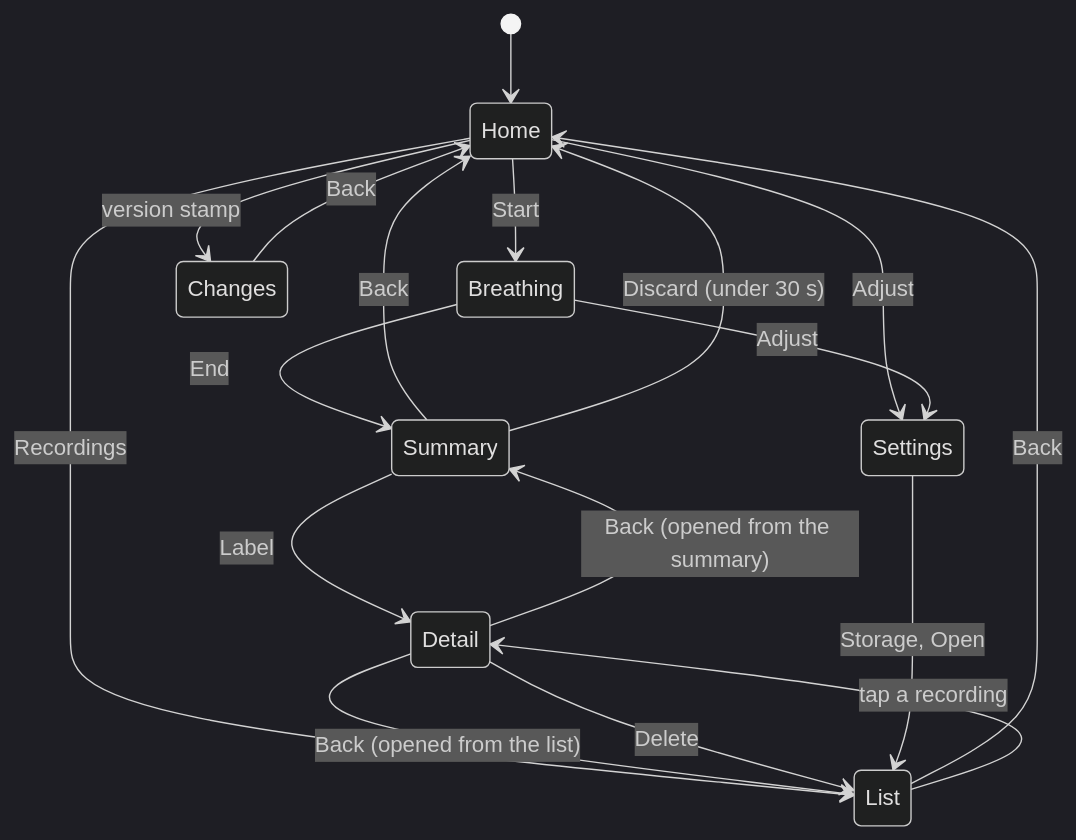
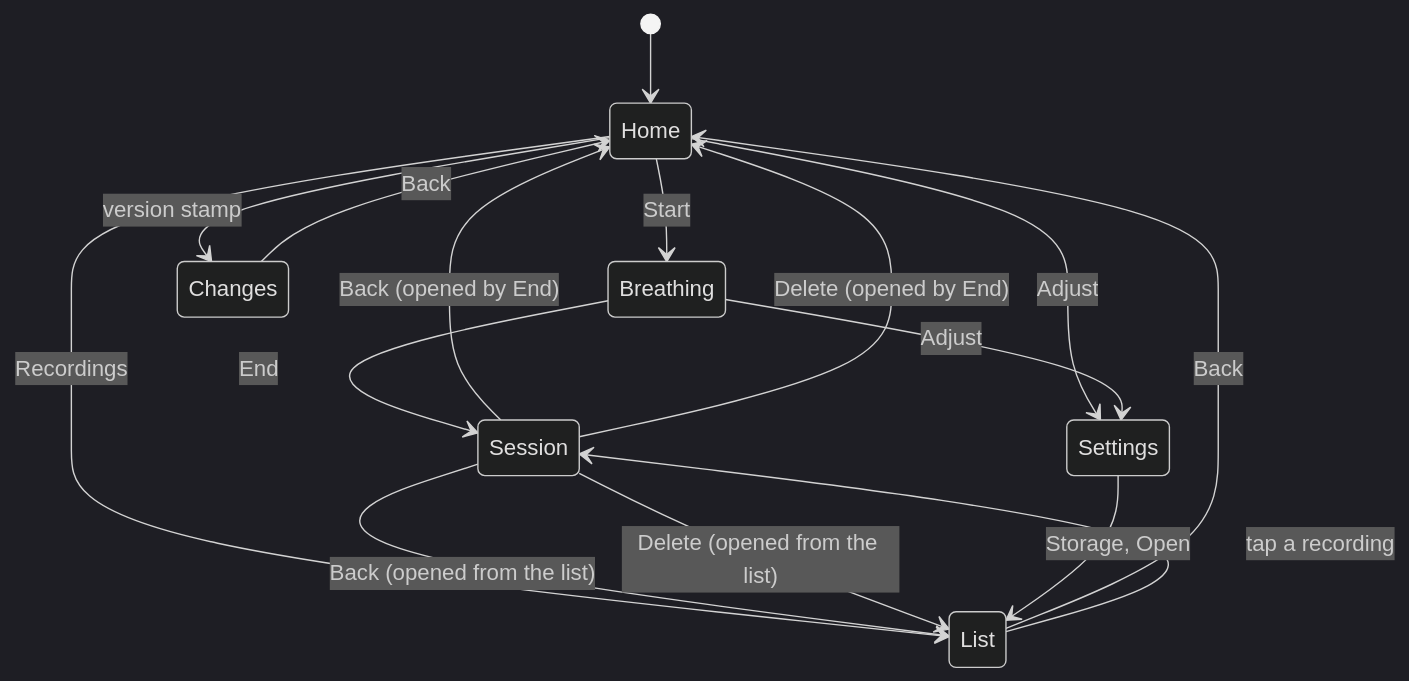
Before and after one commit to JannikArndt/breathe: the diagram in CLAUDE.md, drawn with Mermaid (dark theme). The commit also changed other lines of this file and 11 other files, not shown here.

````diff
--- a/CLAUDE.md
+++ b/CLAUDE.md
@@ -805,24 +842,22 @@
 ```mermaid
 stateDiagram-v2
     [*] --> Home
 
     Home --> Breathing: Start
     Home --> List: Recordings
     Home --> Settings: Adjust
     Home --> Changes: version stamp
 
-    Breathing --> Summary: End
+    Breathing --> Session: End
     Breathing --> Settings: Adjust
 
-    Summary --> Home: Back
-    Summary --> Home: Discard (under 30 s)
-    Summary --> Detail: Label
+    Session --> Home: Back (opened by End)
+    Session --> Home: Delete (opened by End)
+    Session --> List: Back (opened from the list)
+    Session --> List: Delete (opened from the list)
     List --> Home: Back
-    List --> Detail: tap a recording
-    Detail --> Summary: Back (opened from the summary)
-    Detail --> List: Back (opened from the list)
-    Detail --> List: Delete
+    List --> Session: tap a recording
 
     Changes --> Home: Back
     Settings --> List: Storage, Open
 ```
````
